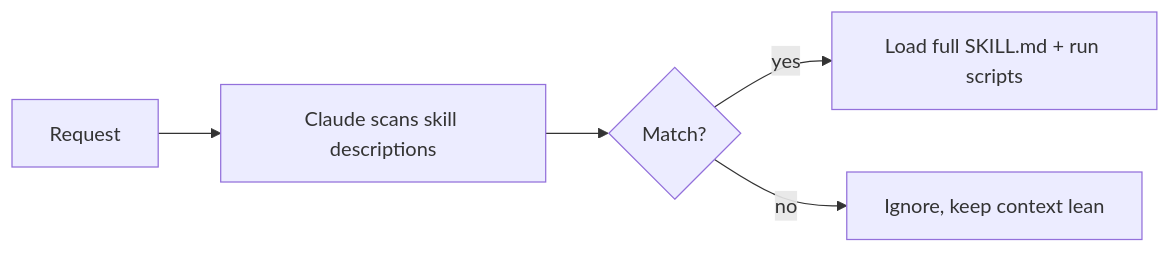
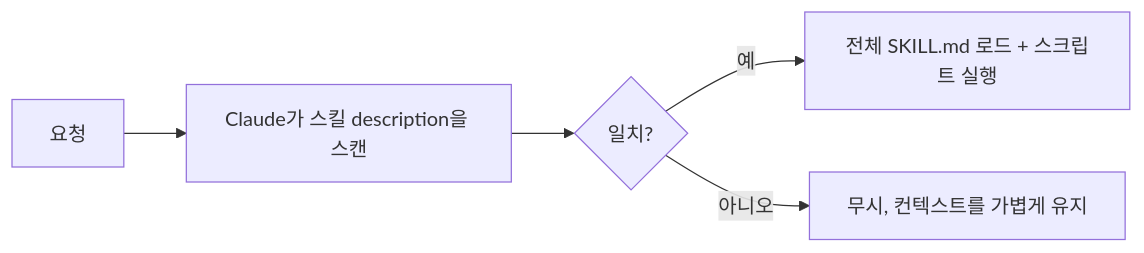
The diagram in i18n/ko/docusaurus-plugin-content-docs/current/claude-code/skills.mdx (derob98/ailmanac), drawn with Mermaid before and after one commit. The commit also changed other lines of this file and 43 other files, not shown here.

````diff
--- a/i18n/ko/docusaurus-plugin-content-docs/current/claude-code/skills.mdx
+++ b/i18n/ko/docusaurus-plugin-content-docs/current/claude-code/skills.mdx
@@ -36,7 +36,7 @@
 ```mermaid
 flowchart LR
-  A[Request] --> B[Claude scans skill descriptions]
-  B --> C{Match?}
-  C -->|yes| D[Load full SKILL.md + run scripts]
-  C -->|no| E[Ignore, keep context lean]
+  A[요청] --> B[Claude가 스킬 description을 스캔]
+  B --> C{일치?}
+  C -->|예| D[전체 SKILL.md 로드 + 스크립트 실행]
+  C -->|아니오| E[무시, 컨텍스트를 가볍게 유지]
 ```
````
